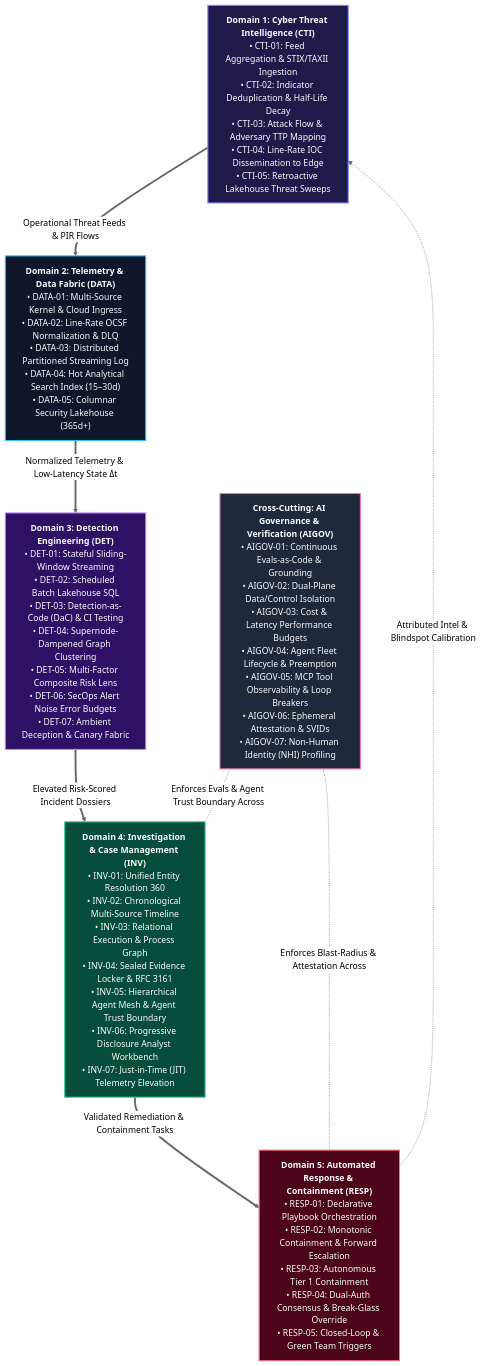
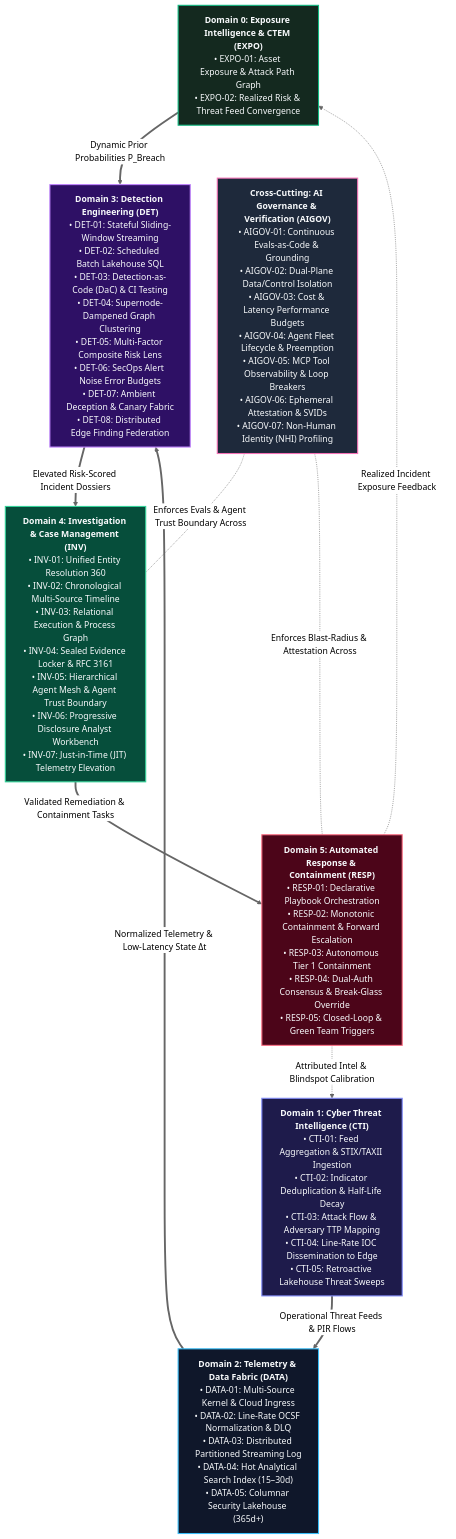
Before and after one commit to Haribu/TIDIR: the diagram in docs/architecture/02-capability-model.md, drawn with Mermaid (neutral theme). The commit also changed other lines of this file and 44 other files, not shown here.

Commit message:
feat: enterprise adoption roadmap, reference stacks, persona journeys, and editorial quality enhancements (v1.14.0)

````diff
--- a/docs/architecture/02-capability-model.md
+++ b/docs/architecture/02-capability-model.md
@@ -16,30 +16,35 @@
 ```mermaid
 flowchart TB
   %% Class Definitions for High Contrast & Visual Clarity
+  classDef expo fill:#14291f,stroke:#10b981,stroke-width:2px,color:#f8fafc;
   classDef cti fill:#1e1b4b,stroke:#818cf8,stroke-width:2px,color:#f8fafc;
   classDef data fill:#0f172a,stroke:#38bdf8,stroke-width:2px,color:#f8fafc;
   classDef det fill:#2e1065,stroke:#c084fc,stroke-width:2px,color:#f8fafc;
   classDef inv fill:#064e3b,stroke:#34d399,stroke-width:2px,color:#f8fafc;
   classDef resp fill:#4c0519,stroke:#fb7185,stroke-width:2px,color:#f8fafc;
   classDef aigov fill:#1e293b,stroke:#f472b6,stroke-width:2px,color:#f8fafc;
 
+  D0["<b>Domain 0: Exposure Intelligence & CTEM (EXPO)</b><br/>• EXPO-01: Asset Exposure & Attack Path Graph<br/>• EXPO-02: Realized Risk & Threat Feed Convergence"]:::expo
+
   D1["<b>Domain 1: Cyber Threat Intelligence (CTI)</b><br/>• CTI-01: Feed Aggregation & STIX/TAXII Ingestion<br/>• CTI-02: Indicator Deduplication & Half-Life Decay<br/>• CTI-03: Attack Flow & Adversary TTP Mapping<br/>• CTI-04: Line-Rate IOC Dissemination to Edge<br/>• CTI-05: Retroactive Lakehouse Threat Sweeps"]:::cti
 
   D2["<b>Domain 2: Telemetry & Data Fabric (DATA)</b><br/>• DATA-01: Multi-Source Kernel & Cloud Ingress<br/>• DATA-02: Line-Rate OCSF Normalization & DLQ<br/>• DATA-03: Distributed Partitioned Streaming Log<br/>• DATA-04: Hot Analytical Search Index (15–30d)<br/>• DATA-05: Columnar Security Lakehouse (365d+)"]:::data
 
-  D3["<b>Domain 3: Detection Engineering (DET)</b><br/>• DET-01: Stateful Sliding-Window Streaming<br/>• DET-02: Scheduled Batch Lakehouse SQL<br/>• DET-03: Detection-as-Code (DaC) & CI Testing<br/>• DET-04: Supernode-Dampened Graph Clustering<br/>• DET-05: Multi-Factor Composite Risk Lens<br/>• DET-06: SecOps Alert Noise Error Budgets<br/>• DET-07: Ambient Deception & Canary Fabric"]:::det
+  D3["<b>Domain 3: Detection Engineering (DET)</b><br/>• DET-01: Stateful Sliding-Window Streaming<br/>• DET-02: Scheduled Batch Lakehouse SQL<br/>• DET-03: Detection-as-Code (DaC) & CI Testing<br/>• DET-04: Supernode-Dampened Graph Clustering<br/>• DET-05: Multi-Factor Composite Risk Lens<br/>• DET-06: SecOps Alert Noise Error Budgets<br/>• DET-07: Ambient Deception & Canary Fabric<br/>• DET-08: Distributed Edge Finding Federation"]:::det
 
   D4["<b>Domain 4: Investigation & Case Management (INV)</b><br/>• INV-01: Unified Entity Resolution 360<br/>• INV-02: Chronological Multi-Source Timeline<br/>• INV-03: Relational Execution & Process Graph<br/>• INV-04: Sealed Evidence Locker & RFC 3161<br/>• INV-05: Hierarchical Agent Mesh & Agent Trust Boundary<br/>• INV-06: Progressive Disclosure Analyst Workbench<br/>• INV-07: Just-in-Time (JIT) Telemetry Elevation"]:::inv
 
   D5["<b>Domain 5: Automated Response & Containment (RESP)</b><br/>• RESP-01: Declarative Playbook Orchestration<br/>• RESP-02: Monotonic Containment & Forward Escalation<br/>• RESP-03: Autonomous Tier 1 Containment<br/>• RESP-04: Dual-Auth Consensus & Break-Glass Override<br/>• RESP-05: Closed-Loop & Green Team Triggers"]:::resp
 
   GOV["<b>Cross-Cutting: AI Governance & Verification (AIGOV)</b><br/>• AIGOV-01: Continuous Evals-as-Code & Grounding<br/>• AIGOV-02: Dual-Plane Data/Control Isolation<br/>• AIGOV-03: Cost & Latency Performance Budgets<br/>• AIGOV-04: Agent Fleet Lifecycle & Preemption<br/>• AIGOV-05: MCP Tool Observability & Loop Breakers<br/>• AIGOV-06: Ephemeral Attestation & SVIDs<br/>• AIGOV-07: Non-Human Identity (NHI) Profiling"]:::aigov
 
+  D0 ==>|Dynamic Prior Probabilities P_Breach| D3
   D1 ==>|Operational Threat Feeds & PIR Flows| D2
   D2 ==>|Normalized Telemetry & Low-Latency State Δt| D3
   D3 ==>|Elevated Risk-Scored Incident Dossiers| D4
   D4 ==>|Validated Remediation & Containment Tasks| D5
   D5 -.->|Attributed Intel & Blindspot Calibration| D1
+  D5 -.->|Realized Incident Exposure Feedback| D0
   GOV -.-|Enforces Evals & Agent Trust Boundary Across| D4
   GOV -.-|Enforces Blast-Radius & Attestation Across| D5
 ```
````
